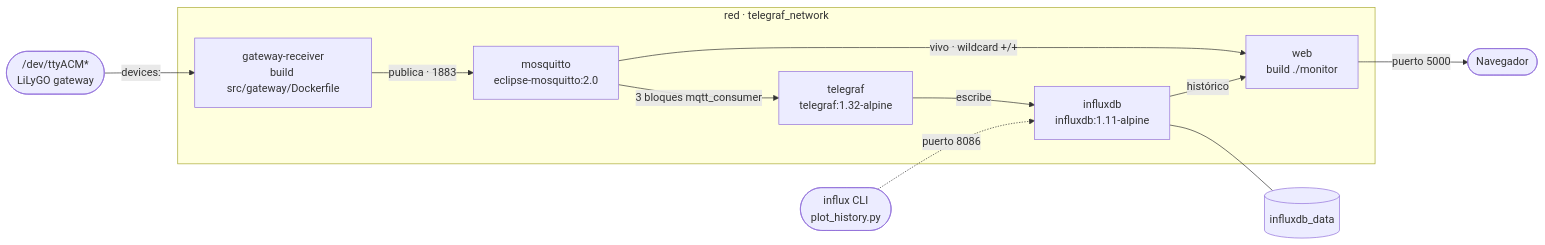
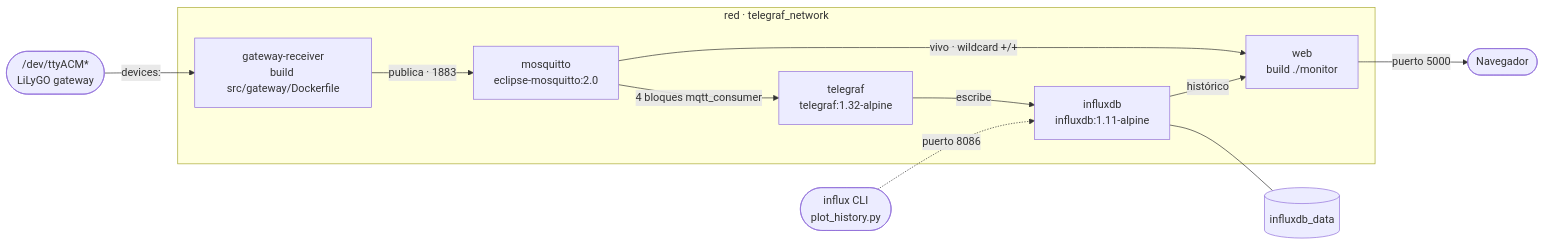
The diagram in docs/diagrams/container-topology.md (OF306PUC/meshtastic-testbed-platform), drawn with Mermaid before and after one commit. The commit also changed 8 other files, not shown here.

````diff
--- a/docs/diagrams/container-topology.md
+++ b/docs/diagrams/container-topology.md
@@ -13,26 +13,26 @@
 ```mermaid
 flowchart LR
     USB(["/dev/ttyACM*<br/>LiLyGO gateway"])
     BROWSER(["Navegador"])
     CLI(["influx CLI<br/>plot_history.py"])
 
     subgraph net["red · telegraf_network"]
         GWR["gateway-receiver<br/>build src/gateway/Dockerfile"]
         MOSQ["mosquitto<br/>eclipse-mosquitto:2.0"]
         TG["telegraf<br/>telegraf:1.32-alpine"]
         IDB["influxdb<br/>influxdb:1.11-alpine"]
         WEB["web<br/>build ./monitor"]
     end
 
     VOL[("influxdb_data")]
 
     USB -->|"devices:"| GWR
     GWR -->|"publica · 1883"| MOSQ
-    MOSQ -->|"3 bloques mqtt_consumer"| TG
+    MOSQ -->|"4 bloques mqtt_consumer"| TG
     TG -->|"escribe"| IDB
     IDB --- VOL
     IDB -->|"histórico"| WEB
     MOSQ -->|"vivo · wildcard +/+"| WEB
     WEB -->|"puerto 5000"| BROWSER
     CLI -.->|"puerto 8086"| IDB
 ```
````
